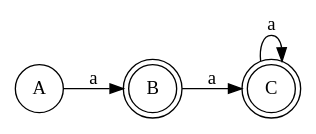
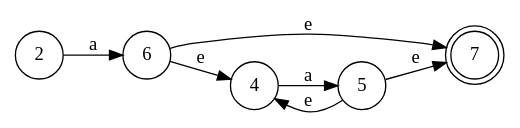
Before and after one commit to bloomfieldfong/Creacion-de-Automatas: the diagram in automata.gv, drawn with Graphviz. The commit also changed 2 other files, not shown here.

```diff
--- a/automata.gv
+++ b/automata.gv
@@ -1,11 +1,12 @@
 digraph finite_state_machine {
 	rankdir=LR size="8,5"
 	node [shape=doublecircle]
-	B
-	C
-	C
+	7
 	node [shape=circle]
-	A -> B [label=a]
-	B -> C [label=a]
-	C -> C [label=a]
+	2 -> 6 [label=a]
+	4 -> 5 [label=a]
+	5 -> 4 [label=e]
+	5 -> 7 [label=e]
+	6 -> 4 [label=e]
+	6 -> 7 [label=e]
 }
```
